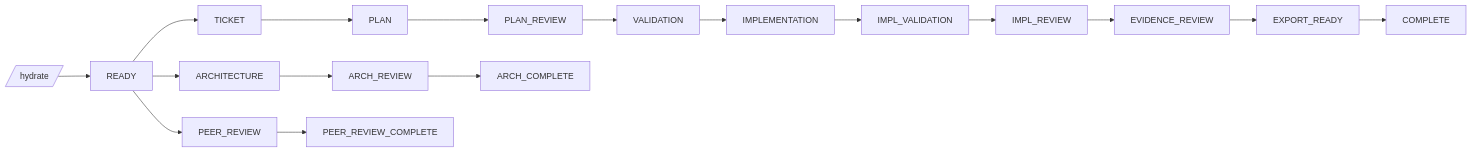
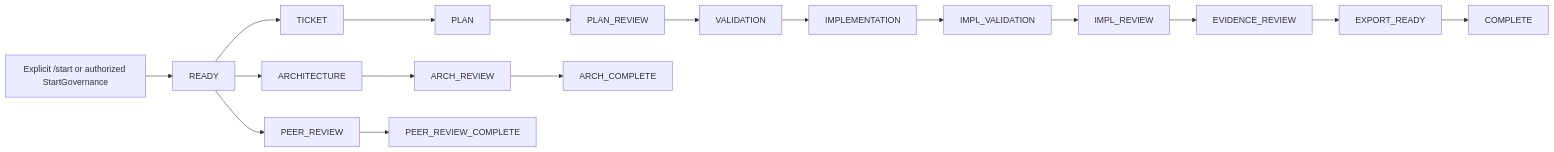
One commit to koeppben23/governed-runtime changed the diagram in PRODUCT_IDENTITY.md. Above: the diagram before and after it, drawn with Mermaid. The commit also changed other lines of this file and 58 other files, not shown here.

````diff
--- a/PRODUCT_IDENTITY.md
+++ b/PRODUCT_IDENTITY.md
@@ -152,13 +152,13 @@
 ```mermaid
 flowchart LR
-    HYD[/hydrate/] --> READY
+    START[Explicit /start or authorized StartGovernance] --> READY
     READY --> TICKET
     READY --> ARCH[ARCHITECTURE]
     READY --> PEER_REVIEW
 
     TICKET --> PLAN --> PLAN_REV[PLAN_REVIEW] --> VAL[VALIDATION] --> IMPL[IMPLEMENTATION] --> IMPL_VAL[IMPL_VALIDATION] --> IMPL_REV[IMPL_REVIEW] --> EVID_REV[EVIDENCE_REVIEW] --> EXPORT_READY --> COMPLETE
 
     ARCH --> ARCH_REV[ARCH_REVIEW] --> ARCH_COMPLETE
 
     PEER_REVIEW --> PEER_REVIEW_COMPLETE
 ```
````
